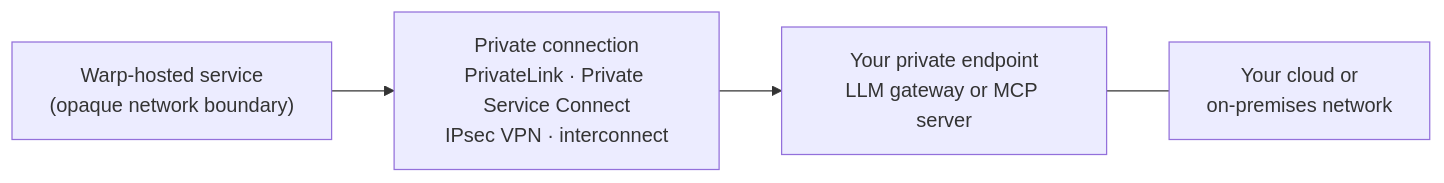
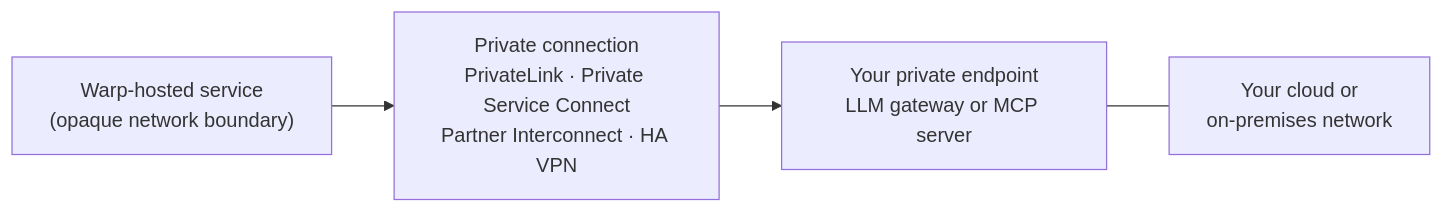
One commit to warpdotdev/docs changed the diagram in src/content/docs/enterprise/enterprise-features/private-networking.mdx. Above: the diagram before and after it, drawn with Mermaid. The commit also changed other lines of this file and 1 other file, not shown here.

Commit message:
docs: ground private networking setup in product source

````diff
--- a/src/content/docs/enterprise/enterprise-features/private-networking.mdx
+++ b/src/content/docs/enterprise/enterprise-features/private-networking.mdx
@@ -30,10 +28,10 @@
 ```mermaid
 flowchart LR
   W["Warp-hosted service<br/>(opaque network boundary)"]
-  C["Private connection<br/>PrivateLink · Private Service Connect<br/>IPsec VPN · interconnect"]
+  C["Private connection<br/>PrivateLink · Private Service Connect<br/>Partner Interconnect · HA VPN"]
   E["Your private endpoint<br/>LLM gateway or MCP server"]
   N["Your cloud or<br/>on-premises network"]
 
   W --> C --> E
   E --- N
 ```
````
